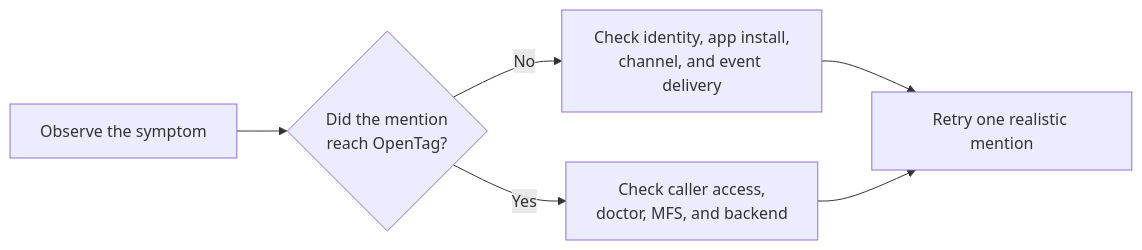
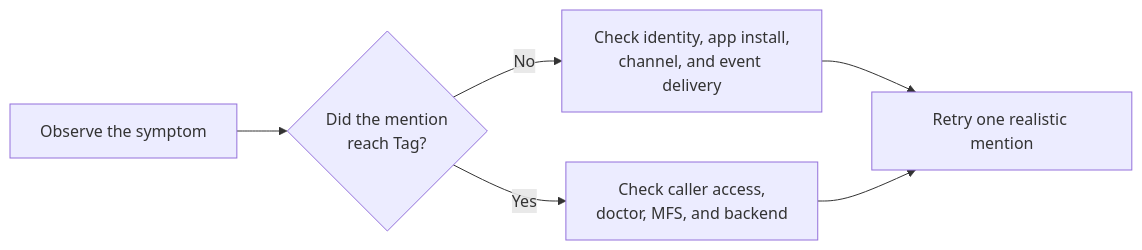
Diagram 16 of 19 in docs/user-flows.md (klovr-co/hover-tag), drawn with Mermaid before and after one commit. The commit also changed other lines of this file and 23 other files, not shown here.

````diff
--- a/docs/user-flows.md
+++ b/docs/user-flows.md
@@ -550,12 +550,12 @@
 ```mermaid
 flowchart LR
     Symptom["Observe the symptom"]
-    Delivery{"Did the mention<br/>reach OpenTag?"}
+    Delivery{"Did the mention<br/>reach Tag?"}
     Slack["Check identity, app install,<br/>channel, and event delivery"]
     Runtime["Check caller access,<br/>doctor, MFS, and backend"]
     Verify["Retry one realistic mention"]
 
     Symptom --> Delivery
     Delivery -->|No| Slack --> Verify
     Delivery -->|Yes| Runtime --> Verify
 ```
````
